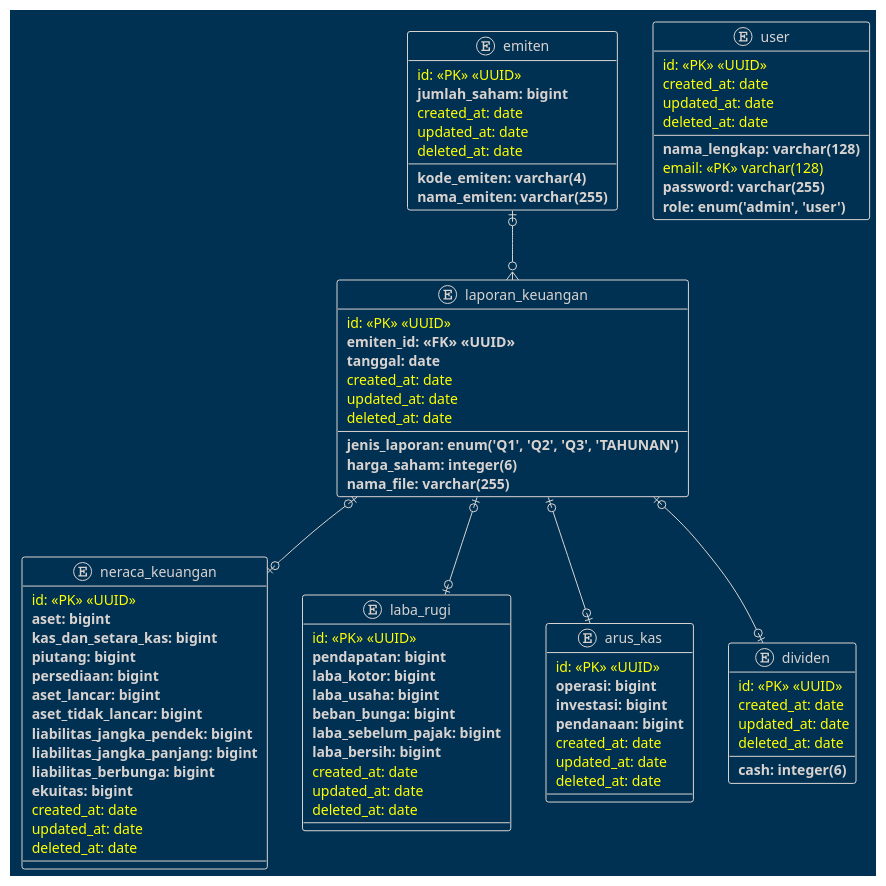
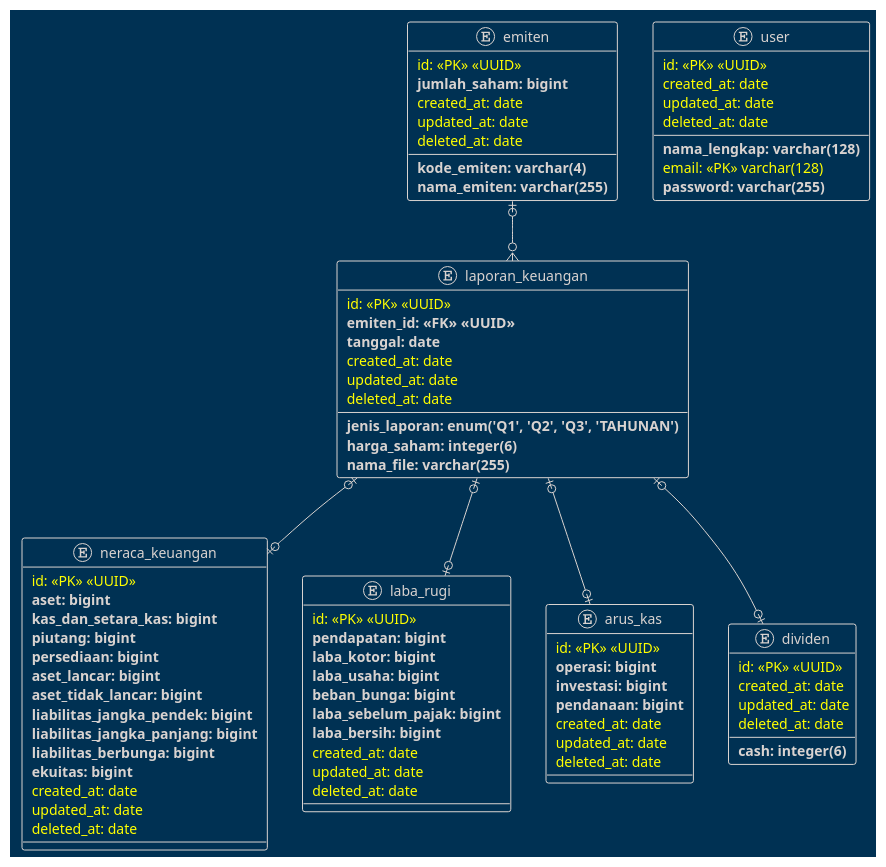
Before and after one commit to lukmanharun1/laporan_keuangan: the diagram in erd-laporan-keuangan/laporan_emiten.puml, drawn with PlantUML.

Commit message:
menghapus field role

```diff
--- a/erd-laporan-keuangan/laporan_emiten.puml
+++ b/erd-laporan-keuangan/laporan_emiten.puml
@@ -1,90 +1,89 @@
 @startuml laporan_emiten
 
 !theme blueprint
   entity neraca_keuangan {
     <color:yellow> id: <<PK>> <<UUID>></color>
     ** aset: bigint **
     ** kas_dan_setara_kas: bigint **
     ** piutang: bigint **
     ** persediaan: bigint **
     ** aset_lancar: bigint **
     ** aset_tidak_lancar: bigint **
     ** liabilitas_jangka_pendek: bigint **
     ** liabilitas_jangka_panjang: bigint **
     ** liabilitas_berbunga: bigint **
     ** ekuitas: bigint **
     <color:yellow> created_at: date</color>
     <color:yellow> updated_at: date</color>
     <color:yellow> deleted_at: date</color>
   }
 
   entity laba_rugi {
     <color:yellow> id: <<PK>> <<UUID>></color>
     ** pendapatan: bigint **
     ** laba_kotor: bigint **
     ** laba_usaha: bigint **
     ** beban_bunga: bigint **
     ** laba_sebelum_pajak: bigint **
     ** laba_bersih: bigint **
     <color:yellow> created_at: date</color>
     <color:yellow> updated_at: date</color>
     <color:yellow> deleted_at: date</color>
   }
 
   entity arus_kas {
     <color:yellow> id: <<PK>> <<UUID>></color>
     ** operasi: bigint **
     ** investasi: bigint **
     ** pendanaan: bigint **
     <color:yellow> created_at: date</color>
     <color:yellow> updated_at: date</color>
     <color:yellow> deleted_at: date</color>
   }
 
   entity emiten {
     <color:yellow> id: <<PK>> <<UUID>></color>
     ** kode_emiten: varchar(4) **
     ** nama_emiten: varchar(255) **
     ** jumlah_saham: bigint **
     <color:yellow> created_at: date</color>
     <color:yellow> updated_at: date</color>
     <color:yellow> deleted_at: date</color>
   }
 
   entity dividen {
     <color:yellow> id: <<PK>> <<UUID>></color>
     ** cash: integer(6) **
     <color:yellow> created_at: date</color>
     <color:yellow> updated_at: date</color>
     <color:yellow> deleted_at: date</color>
   }
   entity laporan_keuangan {
     <color:yellow> id: <<PK>> <<UUID>></color>
     ** emiten_id: <<FK>> <<UUID>> **
     ** jenis_laporan: enum('Q1', 'Q2', 'Q3', 'TAHUNAN') **
     ** tanggal: date **
     ** harga_saham: integer(6) **
     ** nama_file: varchar(255) **
     <color:yellow> created_at: date</color>
     <color:yellow> updated_at: date</color>
     <color:yellow> deleted_at: date</color>
   }
 
   entity user {
     <color:yellow> id: <<PK>> <<UUID>></color>
     ** nama_lengkap: varchar(128) **
     <color:yellow> email: <<PK>> varchar(128)</color>
     ** password: varchar(255) **
-    ** role: enum('admin', 'user') **
     <color:yellow> created_at: date</color>
     <color:yellow> updated_at: date</color>
     <color:yellow> deleted_at: date</color>
   }
 
   ' relationship
   emiten |o--o{ laporan_keuangan
   laporan_keuangan |o--o| neraca_keuangan
   laporan_keuangan |o--o| laba_rugi
   laporan_keuangan |o--o| arus_kas
   laporan_keuangan |o--o| dividen
 @enduml
```
